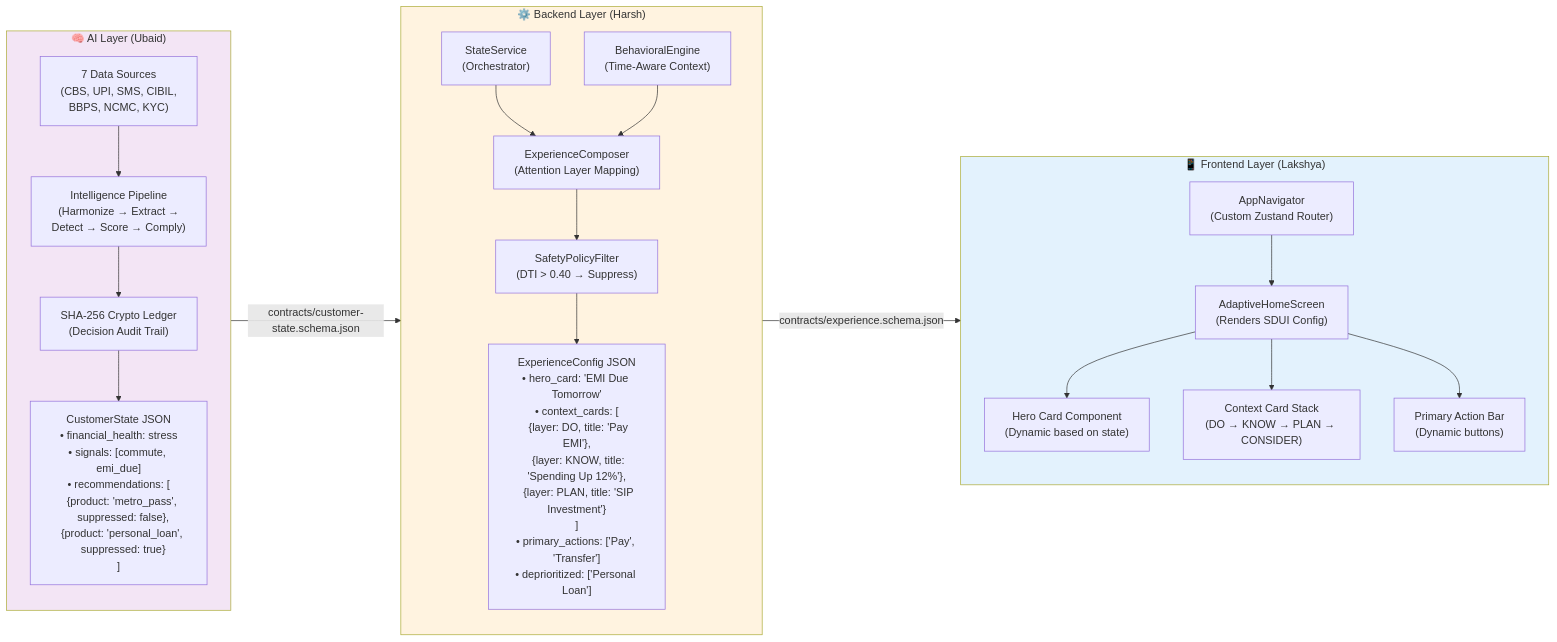
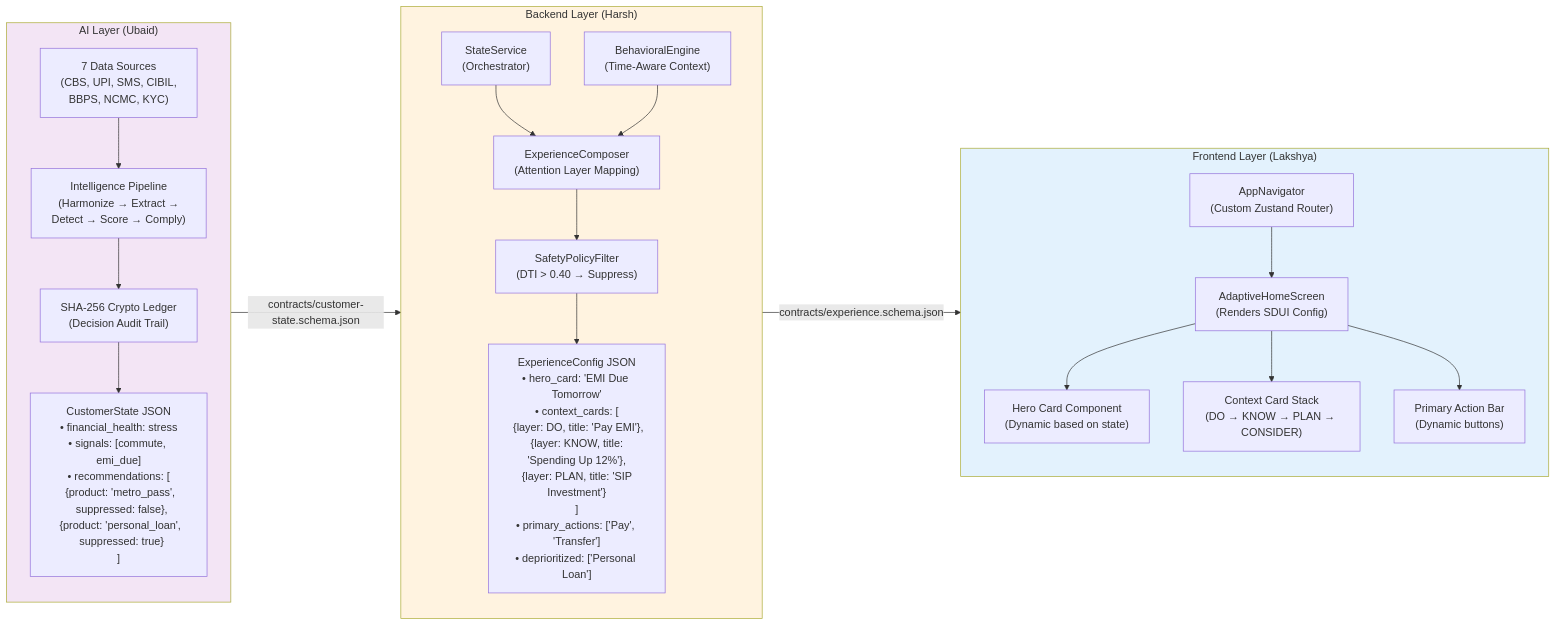
Before and after one commit to Neutron-0/ABC-Bank: the second of 39 diagrams in README.md, drawn with Mermaid. The commit also changed other lines of this file, not shown here.

````diff
--- a/README.md
+++ b/README.md
@@ -313,45 +313,45 @@
 ```mermaid
 flowchart LR
-    subgraph AILayer["🧠 AI Layer (Ubaid)"]
-        direction TB
-        DataSources["7 Data Sources\n(CBS, UPI, SMS, CIBIL,\nBBPS, NCMC, KYC)"]
-        Pipeline["Intelligence Pipeline\n(Harmonize → Extract →\nDetect → Score → Comply)"]
-        CryptoLog["SHA-256 Crypto Ledger\n(Decision Audit Trail)"]
-        CustomerState["CustomerState JSON\n• financial_health: stress\n• signals: [commute, emi_due]\n• recommendations: [\n  {product: 'metro_pass',\n   suppressed: false},\n  {product: 'personal_loan',\n   suppressed: true}\n]"]
-        
-        DataSources --> Pipeline --> CryptoLog --> CustomerState
-    end
+  subgraph AILayer["AI Layer (Ubaid)"]
+    direction TB
+    DataSources["7 Data Sources\n(CBS, UPI, SMS, CIBIL,\nBBPS, NCMC, KYC)"]
+    Pipeline["Intelligence Pipeline\n(Harmonize → Extract →\nDetect → Score → Comply)"]
+    CryptoLog["SHA-256 Crypto Ledger\n(Decision Audit Trail)"]
+    CustomerState["CustomerState JSON\n• financial_health: stress\n• signals: [commute, emi_due]\n• recommendations: [\n {product: 'metro_pass',\n  suppressed: false},\n {product: 'personal_loan',\n  suppressed: true}\n]"]
+    
+    DataSources --> Pipeline --> CryptoLog --> CustomerState
+  end
 
-    subgraph BackendLayer["⚙️ Backend Layer (Harsh)"]
-        direction TB
-        StateService2["StateService\n(Orchestrator)"]
-        Composer["ExperienceComposer\n(Attention Layer Mapping)"]
-        Safety["SafetyPolicyFilter\n(DTI > 0.40 → Suppress)"]
-        BehavEngine2["BehavioralEngine\n(Time-Aware Context)"]
-        ExperienceConfig["ExperienceConfig JSON\n• hero_card: 'EMI Due Tomorrow'\n• context_cards: [\n  {layer: DO, title: 'Pay EMI'},\n  {layer: KNOW, title: 'Spending Up 12%'},\n  {layer: PLAN, title: 'SIP Investment'}\n]\n• primary_actions: ['Pay', 'Transfer']\n• deprioritized: ['Personal Loan']"]
-        
-        StateService2 --> Composer --> Safety --> ExperienceConfig
-        BehavEngine2 --> Composer
-    end
+  subgraph BackendLayer["Backend Layer (Harsh)"]
+    direction TB
+    StateService2["StateService\n(Orchestrator)"]
+    Composer["ExperienceComposer\n(Attention Layer Mapping)"]
+    Safety["SafetyPolicyFilter\n(DTI > 0.40 → Suppress)"]
+    BehavEngine2["BehavioralEngine\n(Time-Aware Context)"]
+    ExperienceConfig["ExperienceConfig JSON\n• hero_card: 'EMI Due Tomorrow'\n• context_cards: [\n {layer: DO, title: 'Pay EMI'},\n {layer: KNOW, title: 'Spending Up 12%'},\n {layer: PLAN, title: 'SIP Investment'}\n]\n• primary_actions: ['Pay', 'Transfer']\n• deprioritized: ['Personal Loan']"]
+    
+    StateService2 --> Composer --> Safety --> ExperienceConfig
+    BehavEngine2 --> Composer
+  end
 
-    subgraph FrontendLayer["📱 Frontend Layer (Lakshya)"]
-        direction TB
-        AppNavigator["AppNavigator\n(Custom Zustand Router)"]
-        AdaptiveHome["AdaptiveHomeScreen\n(Renders SDUI Config)"]
-        HeroCard["Hero Card Component\n(Dynamic based on state)"]
-        ContextCards["Context Card Stack\n(DO → KNOW → PLAN → CONSIDER)"]
-        ActionBar["Primary Action Bar\n(Dynamic buttons)"]
-        
-        AppNavigator --> AdaptiveHome
-        AdaptiveHome --> HeroCard
-        AdaptiveHome --> ContextCards
-        AdaptiveHome --> ActionBar
-    end
+  subgraph FrontendLayer["Frontend Layer (Lakshya)"]
+    direction TB
+    AppNavigator["AppNavigator\n(Custom Zustand Router)"]
+    AdaptiveHome["AdaptiveHomeScreen\n(Renders SDUI Config)"]
+    HeroCard["Hero Card Component\n(Dynamic based on state)"]
+    ContextCards["Context Card Stack\n(DO → KNOW → PLAN → CONSIDER)"]
+    ActionBar["Primary Action Bar\n(Dynamic buttons)"]
+    
+    AppNavigator --> AdaptiveHome
+    AdaptiveHome --> HeroCard
+    AdaptiveHome --> ContextCards
+    AdaptiveHome --> ActionBar
+  end
 
-    CustomerState -->|"contracts/customer-state.schema.json"| StateService2
-    ExperienceConfig -->|"contracts/experience.schema.json"| AppNavigator
+  CustomerState -->|"contracts/customer-state.schema.json"| StateService2
+  ExperienceConfig -->|"contracts/experience.schema.json"| AppNavigator
 
-    style AILayer fill:#f3e5f5
-    style BackendLayer fill:#fff3e0
-    style FrontendLayer fill:#e3f2fd
+  style AILayer fill:#f3e5f5
+  style BackendLayer fill:#fff3e0
+  style FrontendLayer fill:#e3f2fd
 ```
````
